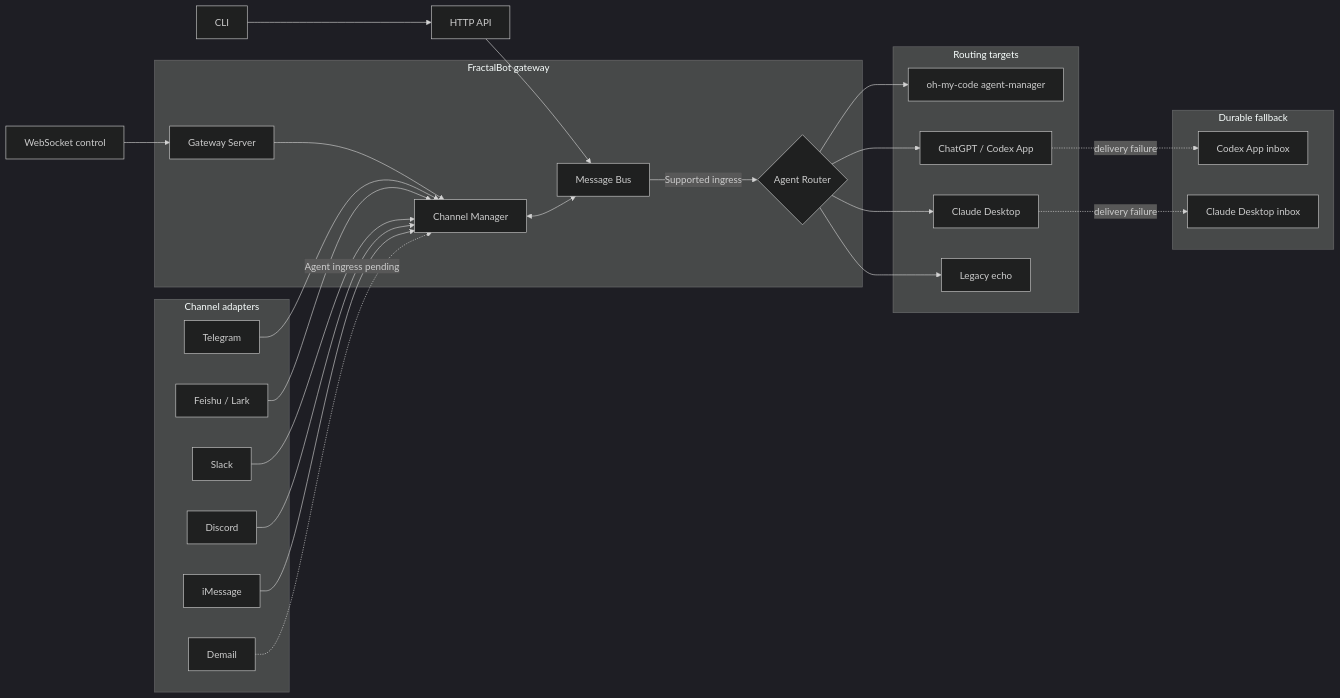
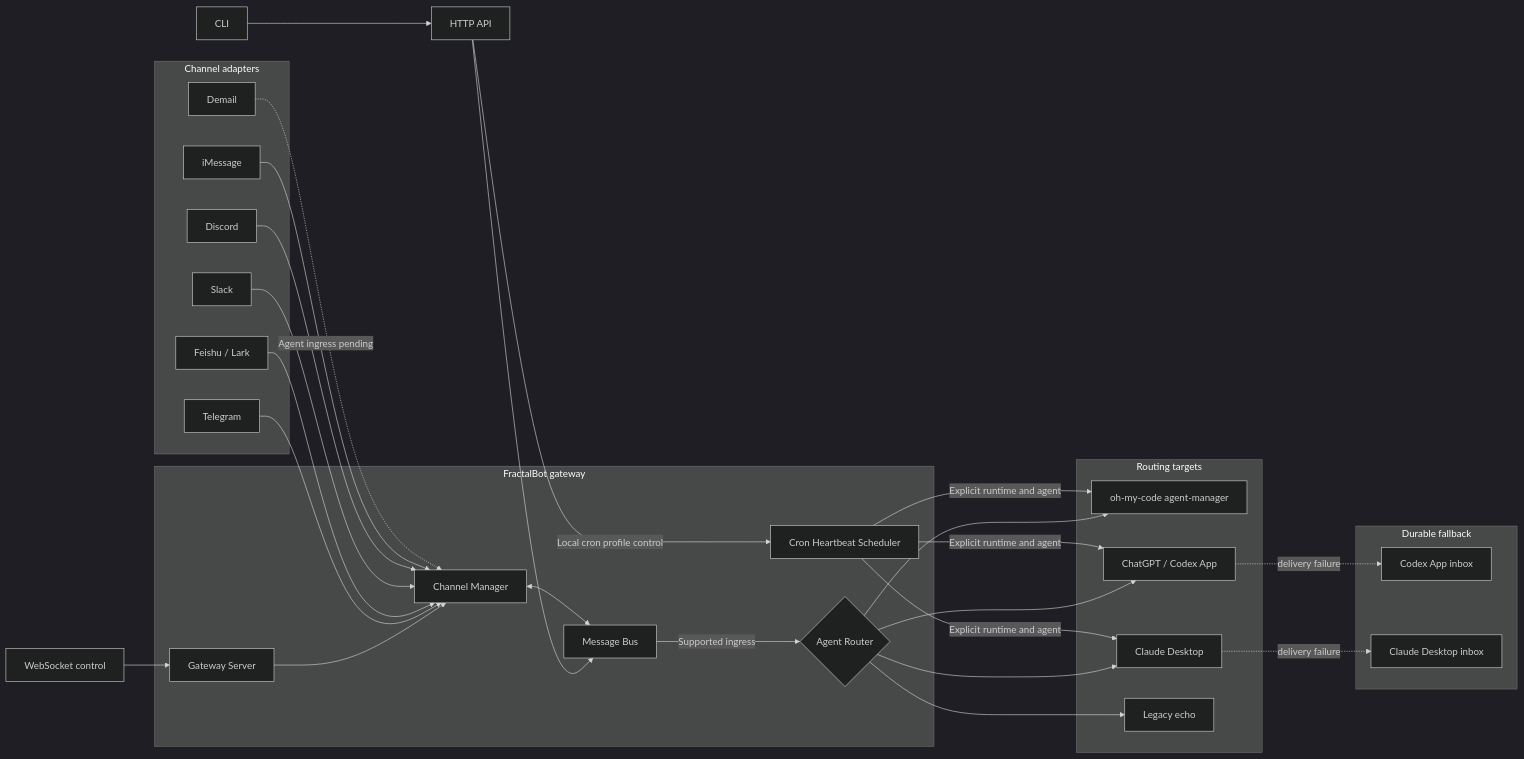
The diagram in runtime/fractalbot/docs/architecture.md (fractalmind-labs/fractalmind-os), drawn with Mermaid (dark theme) before and after one commit. The commit also changed other lines of this file and 20 other files, not shown here.

Commit message:
feat: add unified Agent Runtime heartbeat scheduler

````diff
--- a/runtime/fractalbot/docs/architecture.md
+++ b/runtime/fractalbot/docs/architecture.md
@@ -7,50 +7,55 @@
 ```mermaid
 flowchart LR
     subgraph Channels[Channel adapters]
         Telegram[Telegram]
         Feishu[Feishu / Lark]
         Slack[Slack]
         Discord[Discord]
         IMessage[iMessage]
         Demail[Demail]
     end
 
     subgraph Gateway[FractalBot gateway]
         CM[Channel Manager]
         Bus[Message Bus]
         Router{Agent Router}
         Server[Gateway Server]
+        Heartbeat[Cron Heartbeat Scheduler]
     end
 
     CLI[CLI] --> HTTP[HTTP API]
     HTTP --> Bus
+    HTTP -->|Local cron profile control| Heartbeat
     WS[WebSocket control] --> Server
     Server --> CM
 
     subgraph Targets[Routing targets]
         OMC[oh-my-code agent-manager]
         Codex[ChatGPT / Codex App]
         Claude[Claude Desktop]
         Echo[Legacy echo]
     end
 
     subgraph Durable[Durable fallback]
         CodexInbox[Codex App inbox]
         ClaudeInbox[Claude Desktop inbox]
     end
 
     Telegram --> CM
     Feishu --> CM
     Slack --> CM
     Discord --> CM
     IMessage --> CM
     Demail -. Agent ingress pending .-> CM
     CM <--> Bus
     Bus -->|Supported ingress| Router
     Router --> OMC
     Router --> Codex
     Router --> Claude
     Router --> Echo
+    Heartbeat -->|Explicit runtime and agent| OMC
+    Heartbeat -->|Explicit runtime and agent| Codex
+    Heartbeat -->|Explicit runtime and agent| Claude
     Codex -. delivery failure .-> CodexInbox
     Claude -. delivery failure .-> ClaudeInbox
 ```
````
